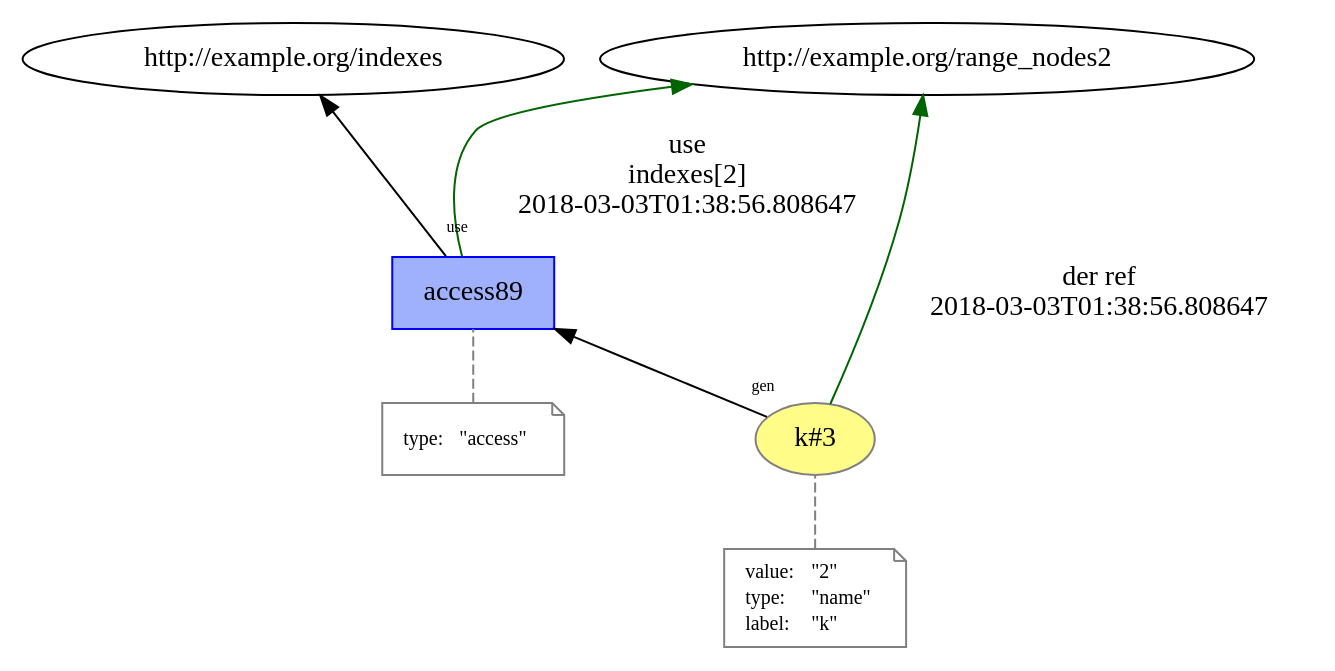
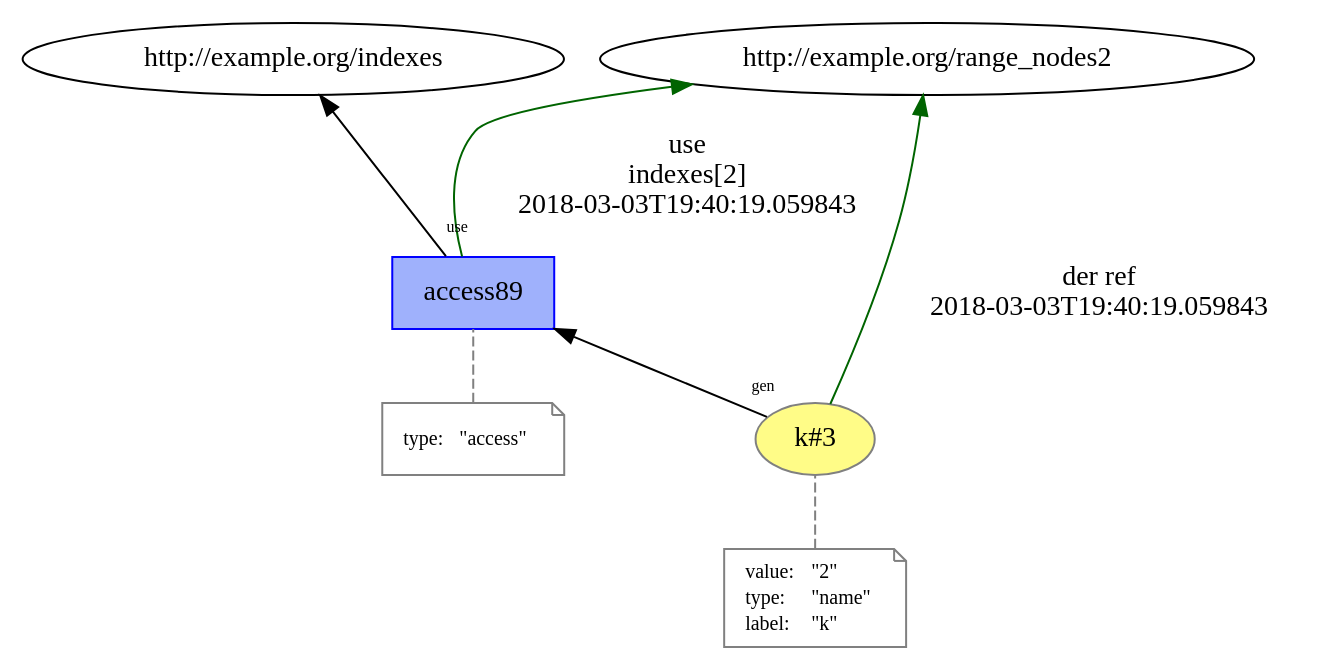
One commit to dew-uff/versioned-prov changed the diagram in intertwined_prov/temp/L9__loop_access_3.dot. Above: the diagram before and after it, drawn with Graphviz. The commit also changed 1451 other files, not shown here.

```diff
--- a/intertwined_prov/temp/L9__loop_access_3.dot
+++ b/intertwined_prov/temp/L9__loop_access_3.dot
@@ -1,33 +1,33 @@
 digraph "PROV" { size="16,12"; rankdir="BT";
 "http://example.org/k#3" [fillcolor="#FFFC87",color="#808080",style="filled",label="k#3",URL="http://example.org/k#3"]
 "-attrs0" [color="gray",shape="note",fontsize="10",fontcolor="black",label=<<TABLE cellpadding="0" border="0">
 	<TR>
 	    <TD align="left">value:</TD>
 	    <TD align="left">&quot;2&quot;</TD>
 	</TR>
 	<TR>
 	    <TD align="left">type:</TD>
 	    <TD align="left">&quot;name&quot;</TD>
 	</TR>
 	<TR>
 	    <TD align="left">label:</TD>
 	    <TD align="left">&quot;k&quot;</TD>
 	</TR>
 </TABLE>>]
 "-attrs0" -> "http://example.org/k#3" [color="gray",style="dashed",arrowhead="none"]
 "http://example.org/access89" [fillcolor="#9FB1FC",color="#0000FF",shape="polygon",sides="4",style="filled",label="access89",URL="http://example.org/access89"]
 "-attrs1" [color="gray",shape="note",fontsize="10",fontcolor="black",label=<<TABLE cellpadding="0" border="0">
 	<TR>
 	    <TD align="left">type:</TD>
 	    <TD align="left">&quot;access&quot;</TD>
 	</TR>
 </TABLE>>]
 "-attrs1" -> "http://example.org/access89" [color="gray",style="dashed",arrowhead="none"]
 "http://example.org/access89" -> "http://example.org/range_nodes2" [labelfontsize="8",labeldistance="1.5",color="darkgreen",labelangle="60.0",rotation="20",label="use
 indexes[2]
-2018-03-03T01:38:56.808647"]
+2018-03-03T19:40:19.059843"]
 "http://example.org/k#3" -> "http://example.org/range_nodes2" [labelfontsize="8",labeldistance="1.5",color="darkgreen",labelangle="60.0",rotation="20",label="der ref
-2018-03-03T01:38:56.808647"]
+2018-03-03T19:40:19.059843"]
 "http://example.org/k#3" -> "http://example.org/access89" [labelfontsize="8",labeldistance="1.5",labelangle="60.0",rotation="20",taillabel="gen"]
 "http://example.org/access89" -> "http://example.org/indexes" [labelfontsize="8",labeldistance="1.5",labelangle="60.0",rotation="20",taillabel="use"]
 }
```
